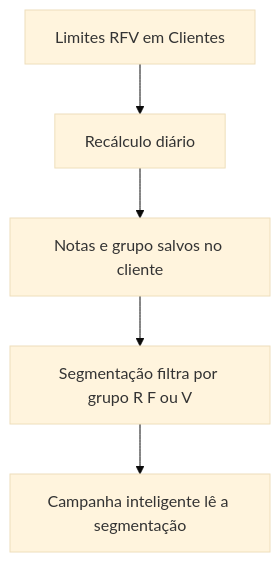
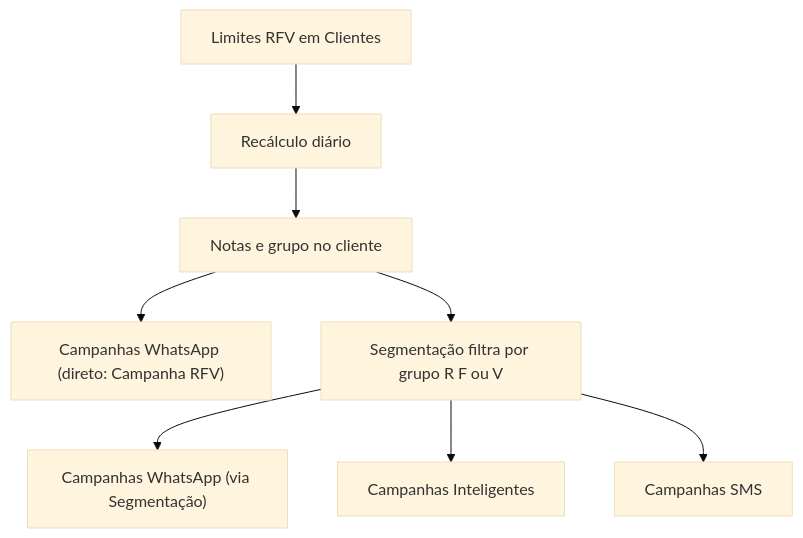
One commit to beefoodbr/documentationai-Docs changed the diagram in classificacao-rfv.mdx. Above: the diagram before and after it, drawn with Mermaid (base theme). The commit also changed other lines of this file, not shown here.

````diff
--- a/classificacao-rfv.mdx
+++ b/classificacao-rfv.mdx
@@ -138,7 +172,10 @@
 ```mermaid
 graph TD
   A[Limites RFV em Clientes] --> B[Recálculo diário]
-  B --> C[Notas e grupo salvos no cliente]
-  C --> D[Segmentação filtra por grupo R F ou V]
-  D --> E[Campanha inteligente lê a segmentação]
+  B --> C[Notas e grupo no cliente]
+  C --> D["Campanhas WhatsApp (direto: Campanha RFV)"]
+  C --> E[Segmentação filtra por grupo R F ou V]
+  E --> F["Campanhas WhatsApp (via Segmentação)"]
+  E --> G[Campanhas Inteligentes]
+  E --> H[Campanhas SMS]
 ```
````
